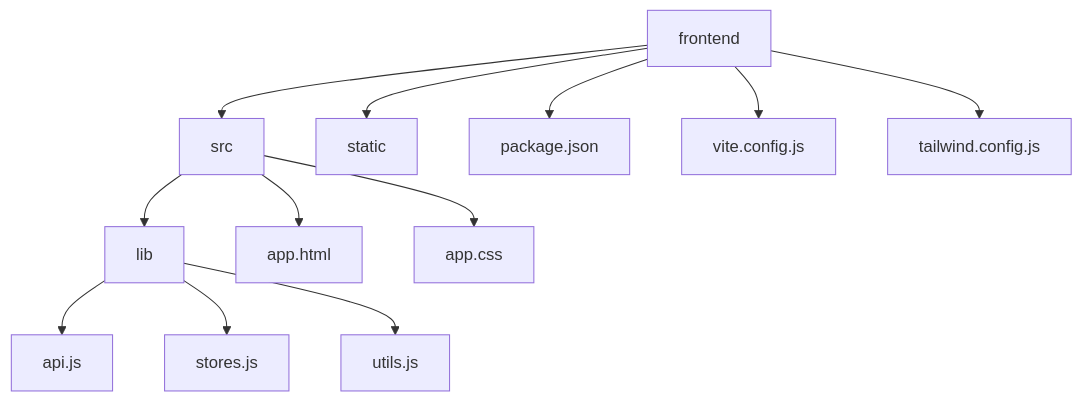
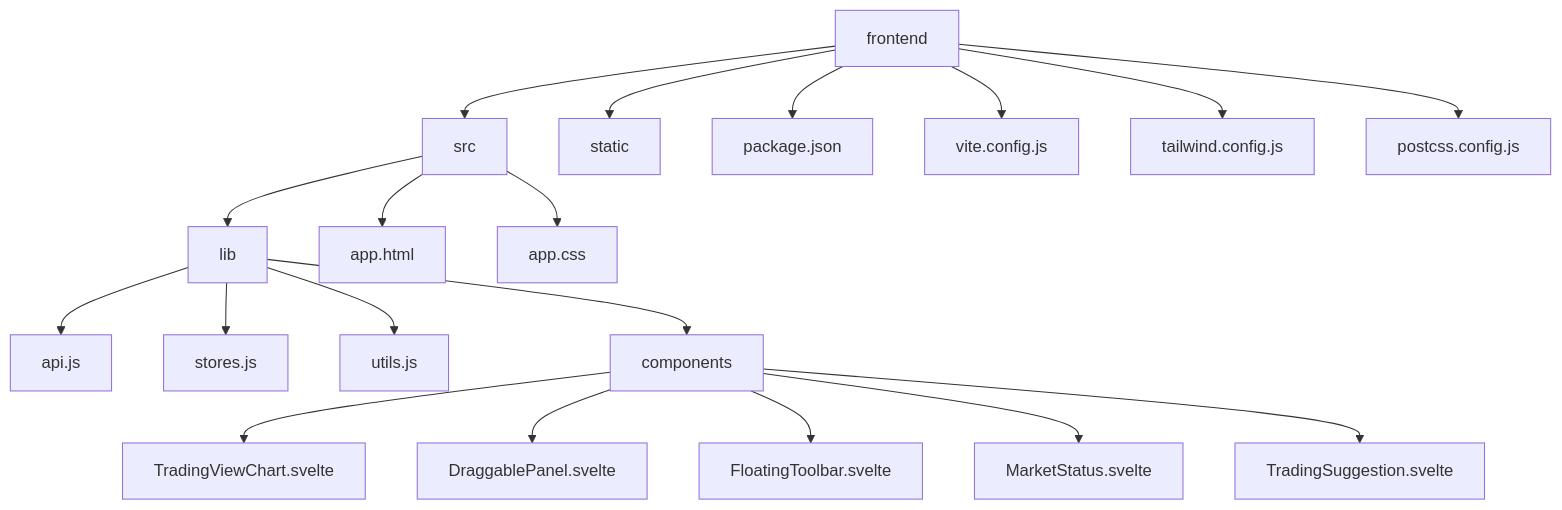
The first of 7 diagrams in .qoder/repowiki/zh/content/前端架构/前端架构.md (yjydmlh/turtle), drawn with Mermaid before and after one commit. The commit also changed other lines of this file and 21 other files, not shown here.

````diff
--- a/.qoder/repowiki/zh/content/前端架构/前端架构.md
+++ b/.qoder/repowiki/zh/content/前端架构/前端架构.md
@@ -28,14 +42,21 @@
 ```mermaid
 graph TD
 A[frontend] --> B[src]
 A --> C[static]
 A --> D[package.json]
 A --> E[vite.config.js]
 A --> F[tailwind.config.js]
-B --> G[lib]
-G --> H[api.js]
-G --> I[stores.js]
-G --> J[utils.js]
-B --> K[app.html]
-B --> L[app.css]
+A --> G[postcss.config.js]
+B --> H[lib]
+H --> I[api.js]
+H --> J[stores.js]
+H --> K[utils.js]
+H --> L[components]
+L --> M[TradingViewChart.svelte]
+L --> N[DraggablePanel.svelte]
+L --> O[FloatingToolbar.svelte]
+L --> P[MarketStatus.svelte]
+L --> Q[TradingSuggestion.svelte]
+B --> R[app.html]
+B --> S[app.css]
 ```
````
